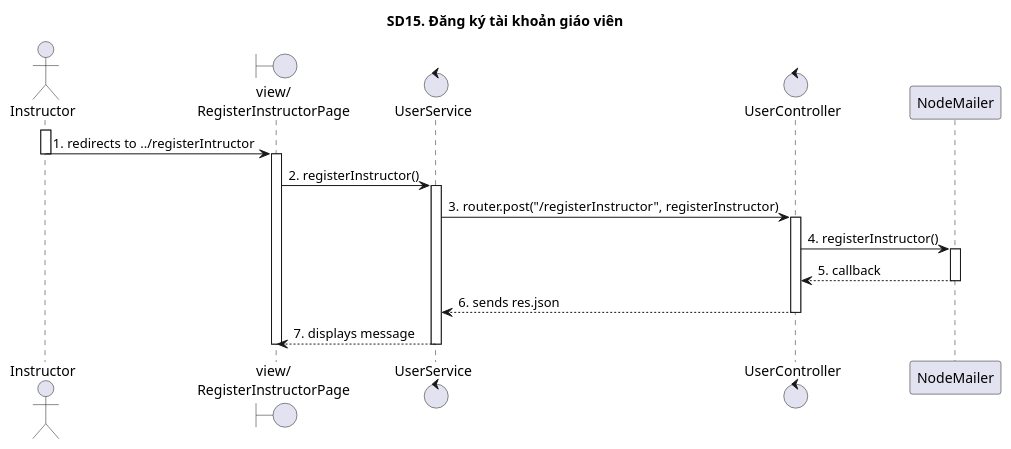
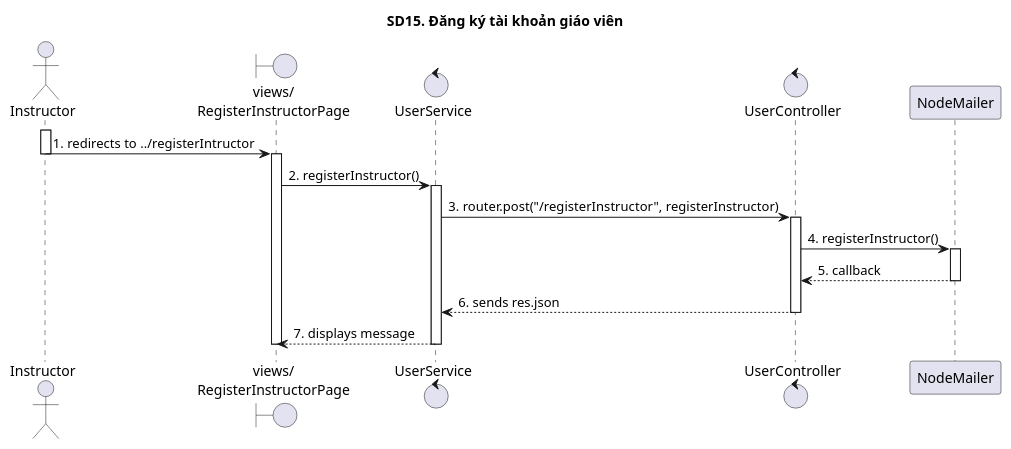
One commit to The-Cookies-Team/UML-Diagrams changed the diagram in SequenceDiagrams/sd15.puml. Above: the diagram before and after it, drawn with PlantUML. The commit also changed 5 other files, not shown here.

```diff
--- a/SequenceDiagrams/sd15.puml
+++ b/SequenceDiagrams/sd15.puml
@@ -1,28 +1,28 @@
 @startuml
 
 title SD15. Đăng ký tài khoản giáo viên
 
 actor "Instructor" as Actor
-boundary "view/\nRegisterInstructorPage" as RegisterInstructorPage
+boundary "views/\nRegisterInstructorPage" as RegisterInstructorPage
 control "UserService"
 control "UserController"
 
 activate Actor
 Actor -> RegisterInstructorPage: 1. redirects to ../registerIntructor
 deactivate Actor
 activate RegisterInstructorPage
 RegisterInstructorPage -> UserService: 2. registerInstructor()
 activate UserService
 UserService -> UserController: 3. router.post("/registerInstructor", registerInstructor)
 activate UserController
 UserController -> NodeMailer: 4. registerInstructor()
 activate NodeMailer
 NodeMailer --> UserController: 5. callback
 deactivate NodeMailer
 UserController --> UserService: 6. sends res.json
 deactivate UserController
 UserService --> RegisterInstructorPage: 7. displays message
 deactivate RegisterInstructorPage
 deactivate UserService
 
 @enduml
```
